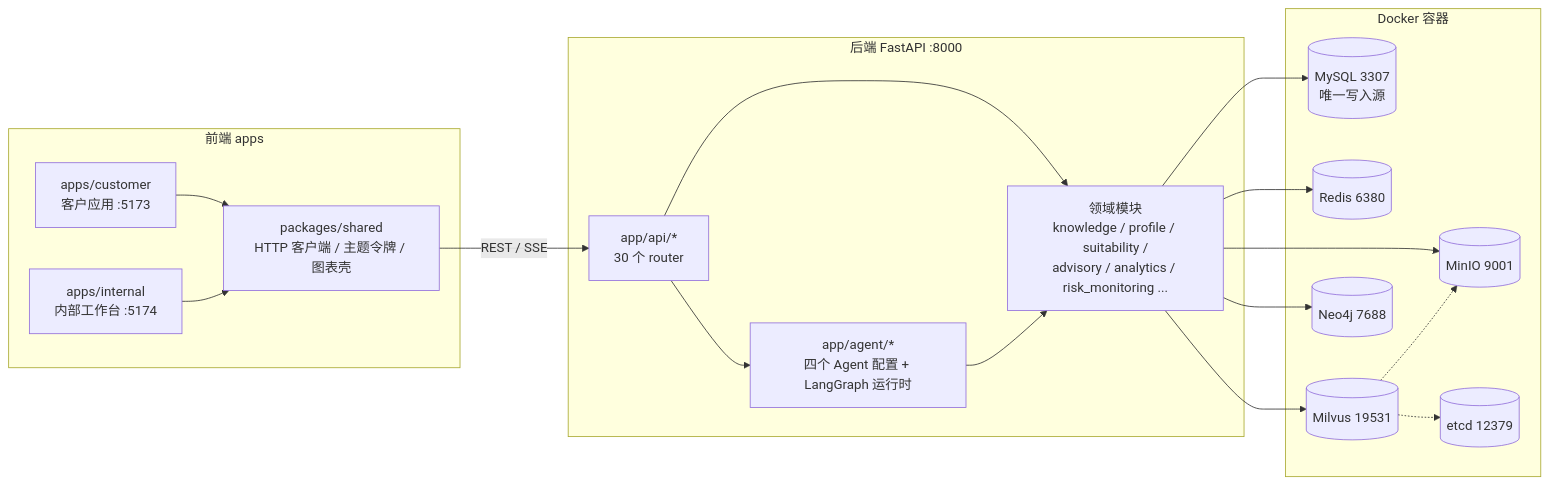
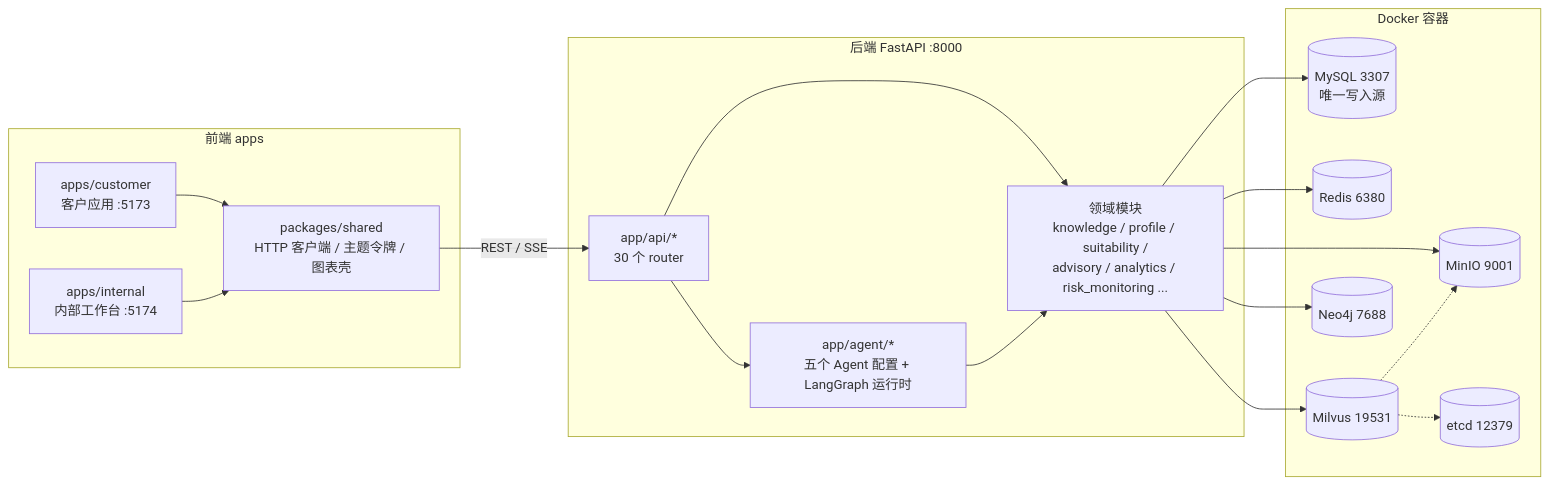
Before and after one commit to nizhaojie/SmartWealthManagement: the first of 11 diagrams in docs/system-architecture.md, drawn with Mermaid. The commit also changed other lines of this file and 21 other files, not shown here.

````diff
--- a/docs/system-architecture.md
+++ b/docs/system-architecture.md
@@ -16,37 +16,37 @@
 ```mermaid
 flowchart LR
     subgraph FE["前端 apps"]
         C["apps/customer<br/>客户应用 :5173"]
         I["apps/internal<br/>内部工作台 :5174"]
         S["packages/shared<br/>HTTP 客户端 / 主题令牌 / 图表壳"]
     end
 
     subgraph BE["后端 FastAPI :8000"]
         API["app/api/*<br/>30 个 router"]
-        AG["app/agent/*<br/>四个 Agent 配置 + LangGraph 运行时"]
+        AG["app/agent/*<br/>五个 Agent 配置 + LangGraph 运行时"]
         DOM["领域模块<br/>knowledge / profile / suitability /<br/>advisory / analytics / risk_monitoring ..."]
     end
 
     subgraph INFRA["Docker 容器"]
         MYSQL[("MySQL 3307<br/>唯一写入源")]
         REDIS[("Redis 6380")]
         MILVUS[("Milvus 19531")]
         NEO4J[("Neo4j 7688")]
         MINIO[("MinIO 9001")]
         ETCD[("etcd 12379")]
     end
 
     C --> S
     I --> S
     S -- "REST / SSE" --> API
     API --> AG
     API --> DOM
     AG --> DOM
     DOM --> MYSQL
     DOM --> REDIS
     DOM --> MILVUS
     DOM --> NEO4J
     DOM --> MINIO
     MILVUS -.-> ETCD
     MILVUS -.-> MINIO
 ```
````
